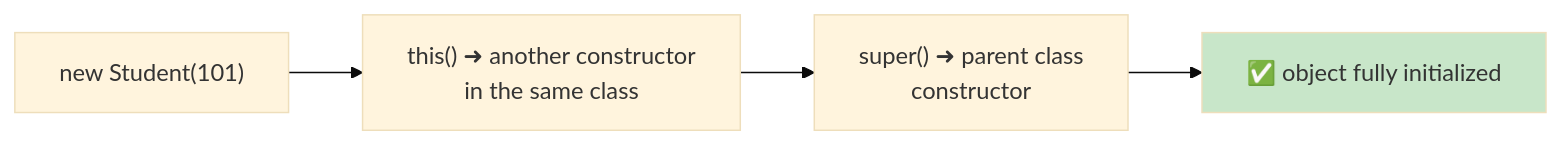
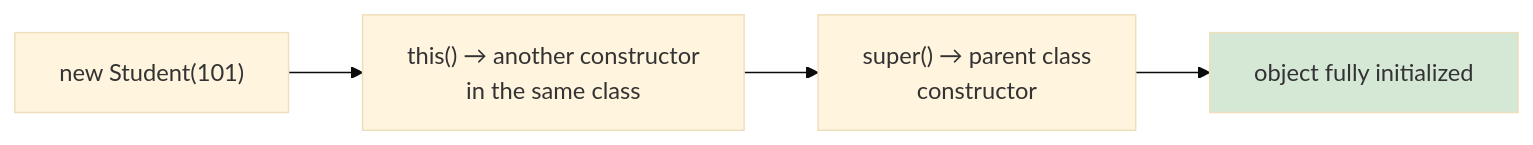
One commit to kundankumarsharma56/Leaning-Java changed the second of 2 diagrams in src/Theory/05-OOPS-Part-1/06-Constructor.md. Above: the diagram before and after it, drawn with Mermaid (base theme). The commit also changed other lines of this file and 84 other files, not shown here.

````diff
--- a/src/Theory/05-OOPS-Part-1/06-Constructor.md
+++ b/src/Theory/05-OOPS-Part-1/06-Constructor.md
@@ -54,7 +54,7 @@
 ```mermaid
 flowchart LR
-    A["new Student(101)"] --> B["this() ➜ another constructor<br/>in the same class"]
-    B --> C["super() ➜ parent class<br/>constructor"]
-    C --> D["✅ object fully initialized"]
-    style D fill:#c8e6c9
+    A["new Student(101)"] --> B["this() → another constructor<br/>in the same class"]
+    B --> C["super() → parent class<br/>constructor"]
+    C --> D["object fully initialized"]
+    style D fill:#d5e8d6
 ```
````
